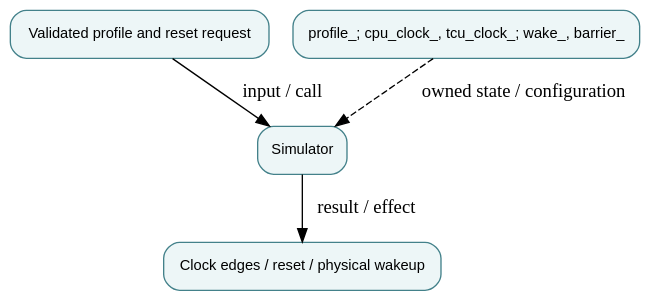
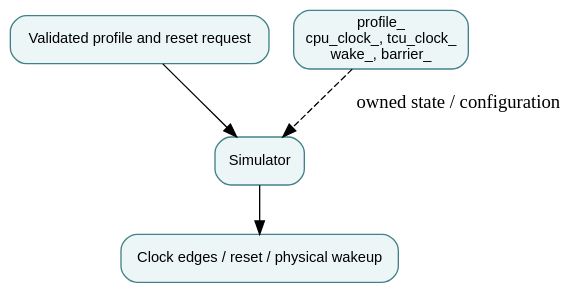
The diagram in docs/modules/platform-and-clock-adapter.md (qsbit-org/qsbit-sim), drawn with Graphviz before and after one commit. The commit also changed other lines of this file and 41 other files, not shown here.

````diff
--- a/docs/modules/platform-and-clock-adapter.md
+++ b/docs/modules/platform-and-clock-adapter.md
@@ -17,11 +21,11 @@
 ```{graphviz}
 digraph module {
   rankdir=TB; bgcolor="transparent";
   node [shape=box, style="rounded,filled", fillcolor="#edf6f7", color="#43818a", fontname="sans-serif", fontsize=11];
   input [label="Validated profile and reset request"];
   owner [label="Simulator"];
-  state [label="profile_; cpu_clock_, tcu_clock_; wake_, barrier_"];
+  state [label="profile_\ncpu_clock_, tcu_clock_\nwake_, barrier_"];
   output [label="Clock edges / reset / physical wakeup"];
-  input -> owner [label="input / call"]; owner -> output [label="result / effect"]; state -> owner [style=dashed, label="owned state / configuration"];
+  input -> owner; owner -> output; state -> owner [style=dashed, label="owned state / configuration"];
 }
 ```
````
